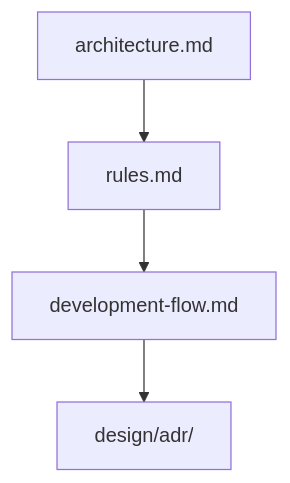
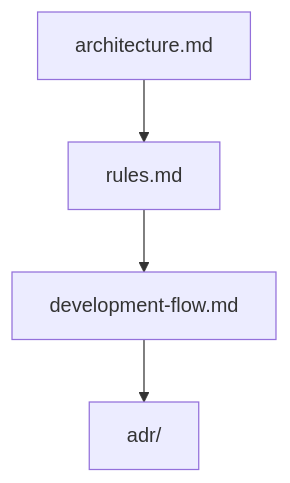
Before and after one commit to Tomy-ch/go-boilerplate: the second of 7 diagrams in docs/index.md, drawn with Mermaid. The commit also changed other lines of this file and 6 other files, not shown here.

First line of the commit message:
Docs: EN 正典参照を docs/adr/ へ更新し rules.md に ADR backlink を追加

````diff
--- a/docs/index.md
+++ b/docs/index.md
@@ -31,4 +31,4 @@
 ```mermaid
 flowchart TB
-    A["architecture.md"] --> B["rules.md"] --> C["development-flow.md"] --> D["design/adr/"]
+    A["architecture.md"] --> B["rules.md"] --> C["development-flow.md"] --> D["adr/"]
 ```
````
